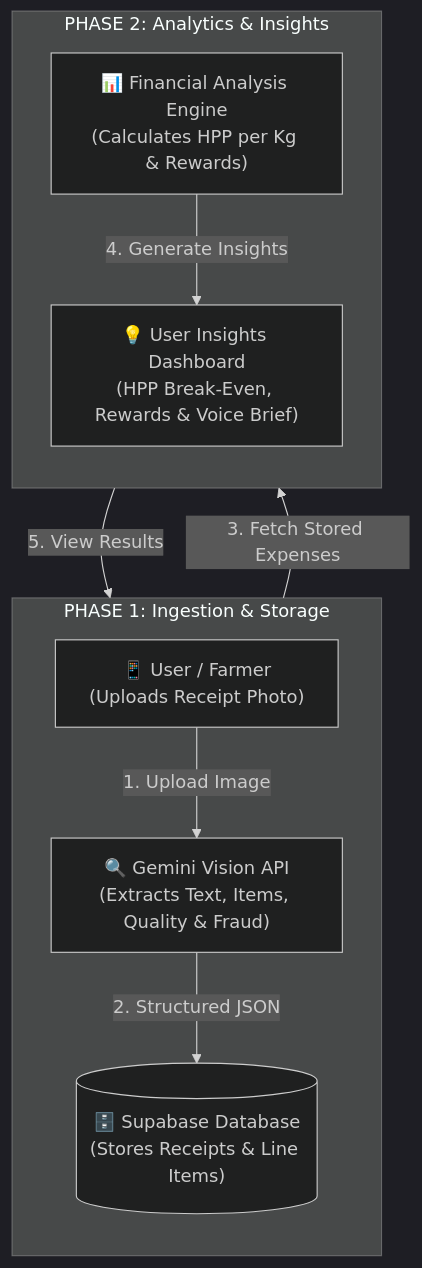
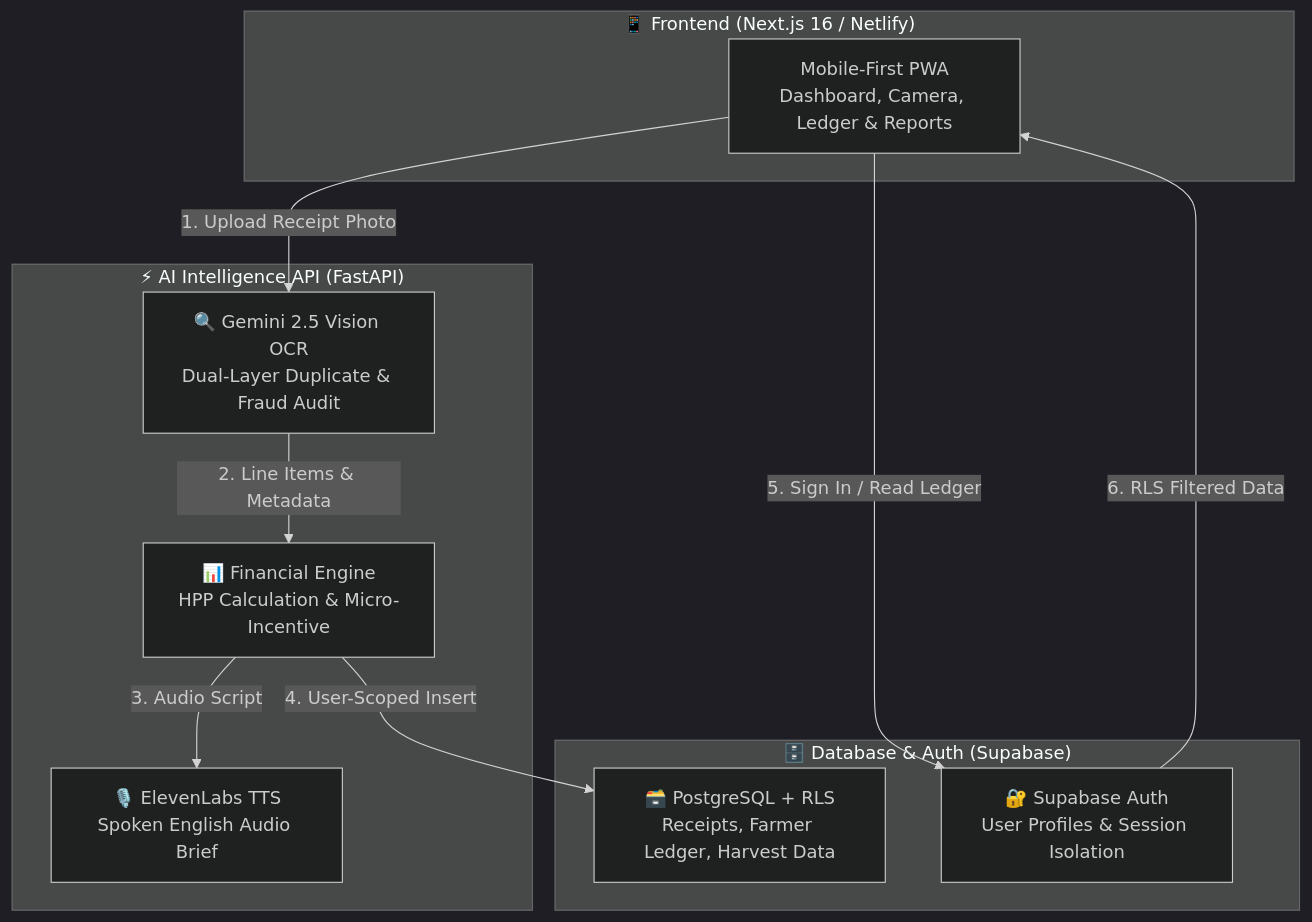
The diagram in README.md (oejanggg/tanijogo), drawn with Mermaid (dark theme) before and after one commit. The commit also changed other lines of this file and 8 other files, not shown here.

Commit message:
chore: tidy codebase, remove obsolete prototype files, consolidate master schema.sql, and update README

````diff
--- a/README.md
+++ b/README.md
@@ -20,25 +22,24 @@
 ```mermaid
 flowchart TD
-    %% PHASE 1: INGESTION & STORAGE
-    subgraph Phase1["PHASE 1: Ingestion & Storage"]
-        direction TB
-        U1["📱 User / Farmer<br/>(Uploads Receipt Photo)"]
-        OCR["🔍 Gemini Vision API<br/>(Extracts Text, Items, Quality & Fraud)"]
-        DB[("🗄️ Supabase Database<br/>(Stores Receipts & Line Items)")]
-
-        U1 -->|1. Upload Image| OCR
-        OCR -->|2. Structured JSON| DB
+    subgraph Client["📱 Frontend (Next.js 16 / Netlify)"]
+        UI["Mobile-First PWA<br/>Dashboard, Camera, Ledger & Reports"]
     end
 
-    %% PHASE 2: ANALYTICS & INSIGHTS
-    subgraph Phase2["PHASE 2: Analytics & Insights"]
-        direction TB
-        ENGINE["📊 Financial Analysis Engine<br/>(Calculates HPP per Kg & Rewards)"]
-        UI["💡 User Insights Dashboard<br/>(HPP Break-Even, Rewards & Voice Brief)"]
-
-        DB -->|3. Fetch Stored Expenses| ENGINE
-        ENGINE -->|4. Generate Insights| UI
+    subgraph Intelligence["⚡ AI Intelligence API (FastAPI)"]
+        OCR["🔍 Gemini 2.5 Vision OCR<br/>Dual-Layer Duplicate & Fraud Audit"]
+        MATH["📊 Financial Engine<br/>HPP Calculation & Micro-Incentive"]
+        TTS["🎙️ ElevenLabs TTS<br/>Spoken English Audio Brief"]
     end
 
-    UI -->|5. View Results| U1
+    subgraph Storage["🗄️ Database & Auth (Supabase)"]
+        AUTH["🔐 Supabase Auth<br/>User Profiles & Session Isolation"]
+        DB["🗃️ PostgreSQL + RLS<br/>Receipts, Farmer Ledger, Harvest Data"]
+    end
+
+    UI -->|1. Upload Receipt Photo| OCR
+    OCR -->|2. Line Items & Metadata| MATH
+    MATH -->|3. Audio Script| TTS
+    MATH -->|4. User-Scoped Insert| DB
+    UI -->|5. Sign In / Read Ledger| AUTH
+    AUTH -->|6. RLS Filtered Data| UI
 ```
````
